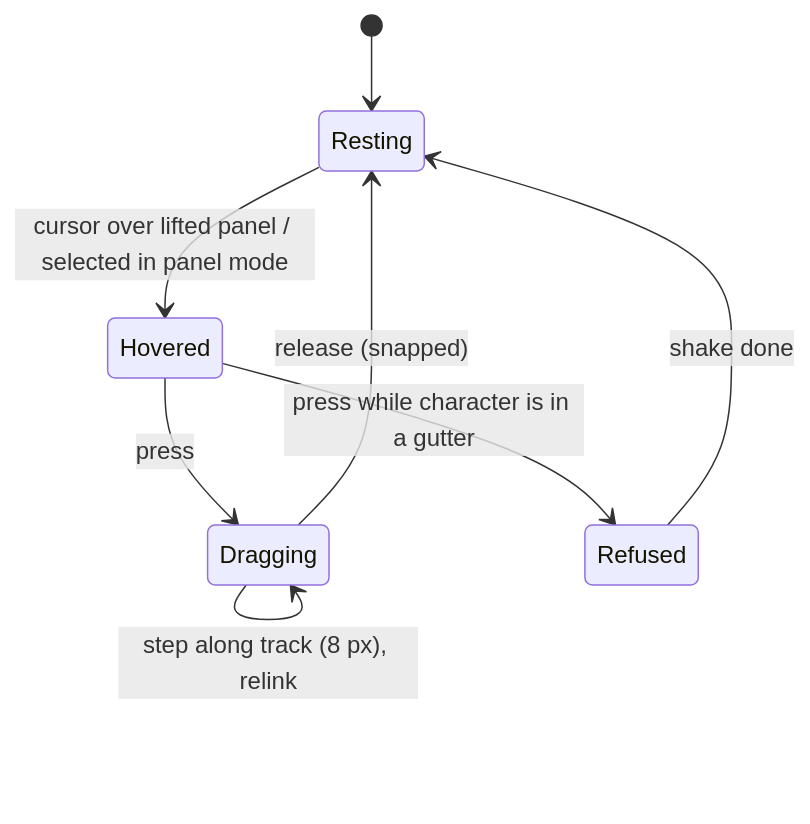
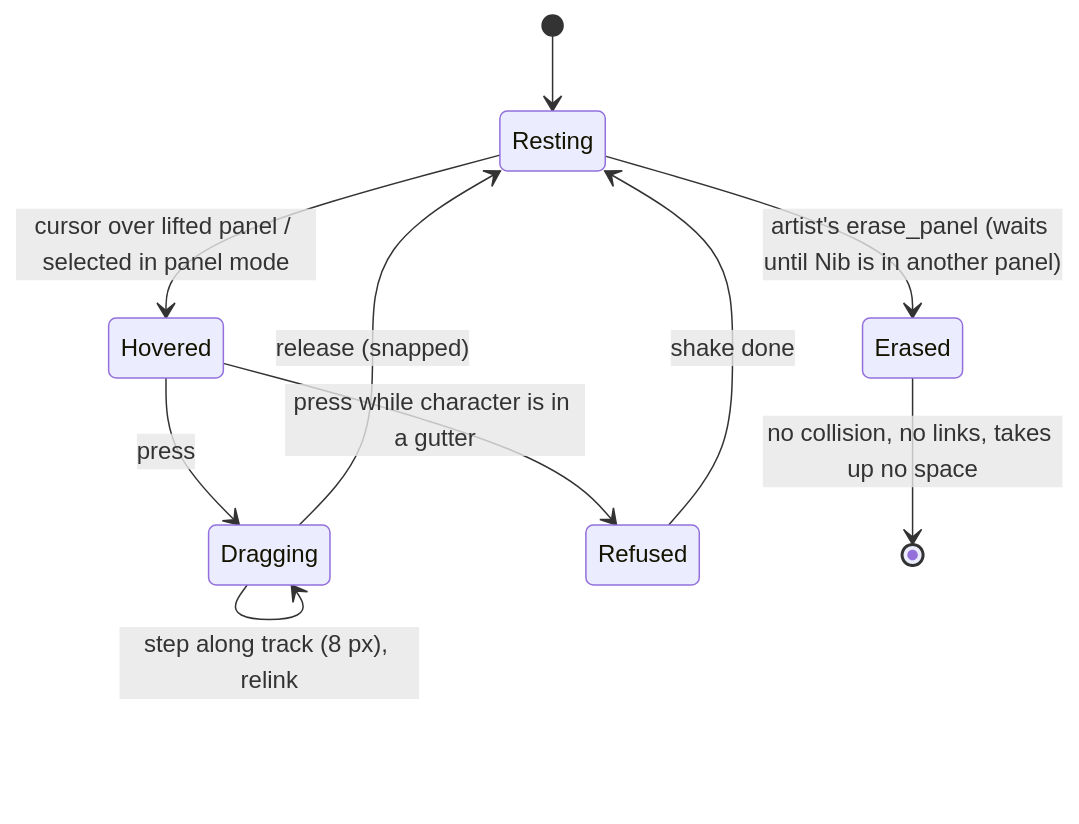
One commit to sage-manas/TheMargin changed the third of 4 diagrams in docs/game-design/STATE_DIAGRAMS.md. Above: the diagram before and after it, drawn with Mermaid. The commit also changed 19 other files, not shown here.

````diff
--- a/docs/game-design/STATE_DIAGRAMS.md
+++ b/docs/game-design/STATE_DIAGRAMS.md
@@ -40,10 +40,12 @@
 ```mermaid
 stateDiagram-v2
   [*] --> Resting
   Resting --> Hovered: cursor over lifted panel / selected in panel mode
   Hovered --> Dragging: press
   Dragging --> Dragging: step along track (8 px), relink
   Dragging --> Resting: release (snapped)
   Hovered --> Refused: press while character is in a gutter
   Refused --> Resting: shake done
+  Resting --> Erased: artist's erase_panel (waits until Nib is in another panel)
+  Erased --> [*]: no collision, no links, takes up no space
 ```
````
